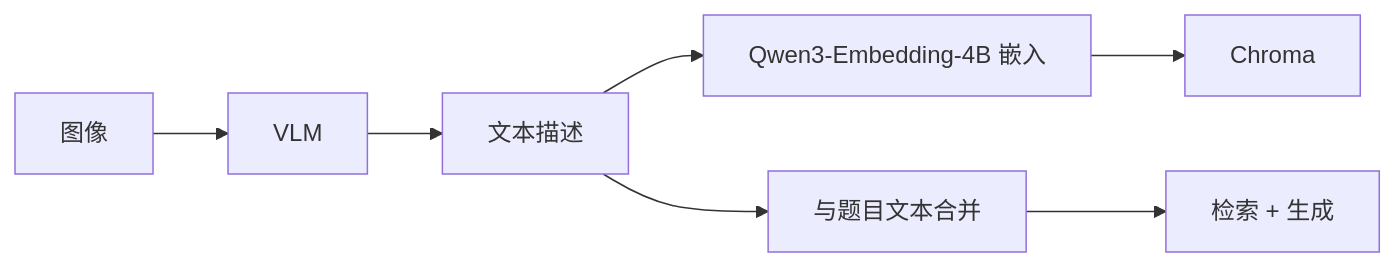
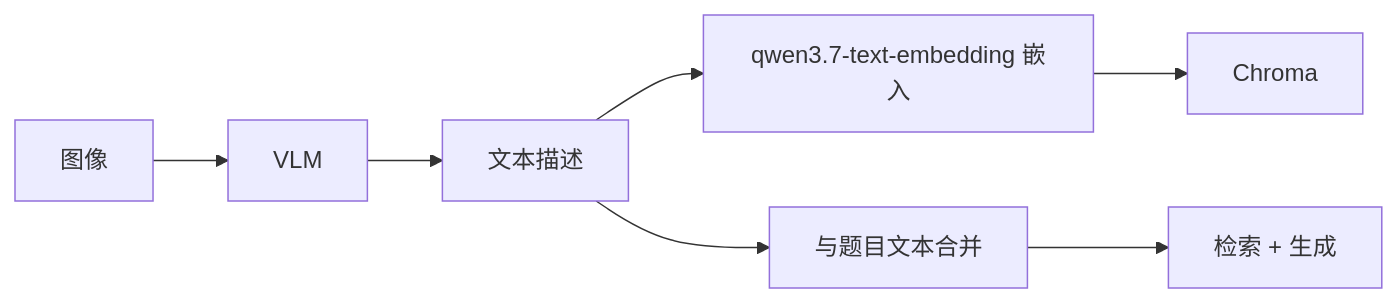
The diagram in docs/vlm_strategy.md (ttzc/gaokao_rag), drawn with Mermaid before and after one commit. The commit also changed 5 other files, not shown here.

First line of the commit message:
docs: 嵌入模型选型定为 qwen3.7-text-embedding（dimension=1024）

````diff
--- a/docs/vlm_strategy.md
+++ b/docs/vlm_strategy.md
@@ -46,9 +46,9 @@
 ```mermaid
 flowchart LR
     A[图像] --> B[VLM]
     B --> C[文本描述]
-    C --> D[Qwen3-Embedding-4B 嵌入]
+    C --> D[qwen3.7-text-embedding 嵌入]
     D --> E[Chroma]
     C --> F[与题目文本合并]
     F --> G[检索 + 生成]
 ```
````
